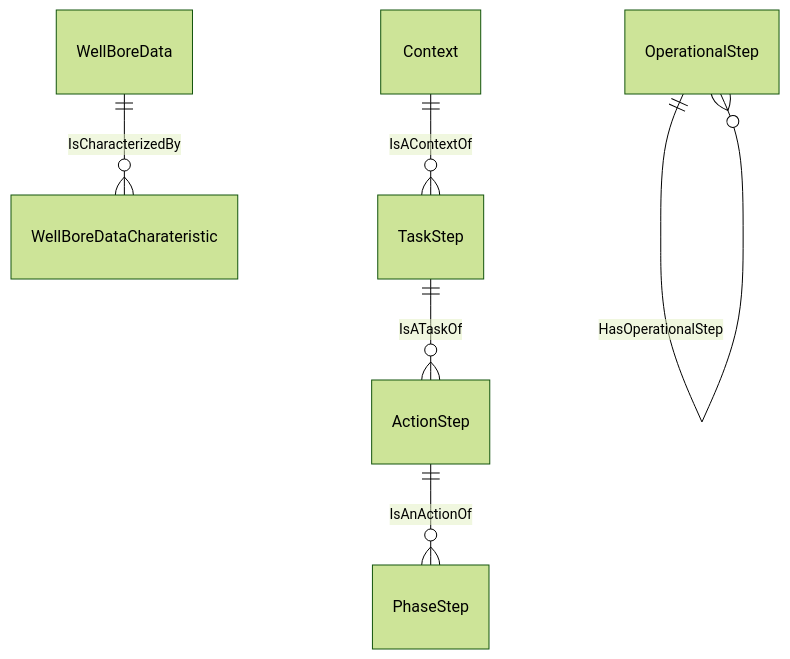
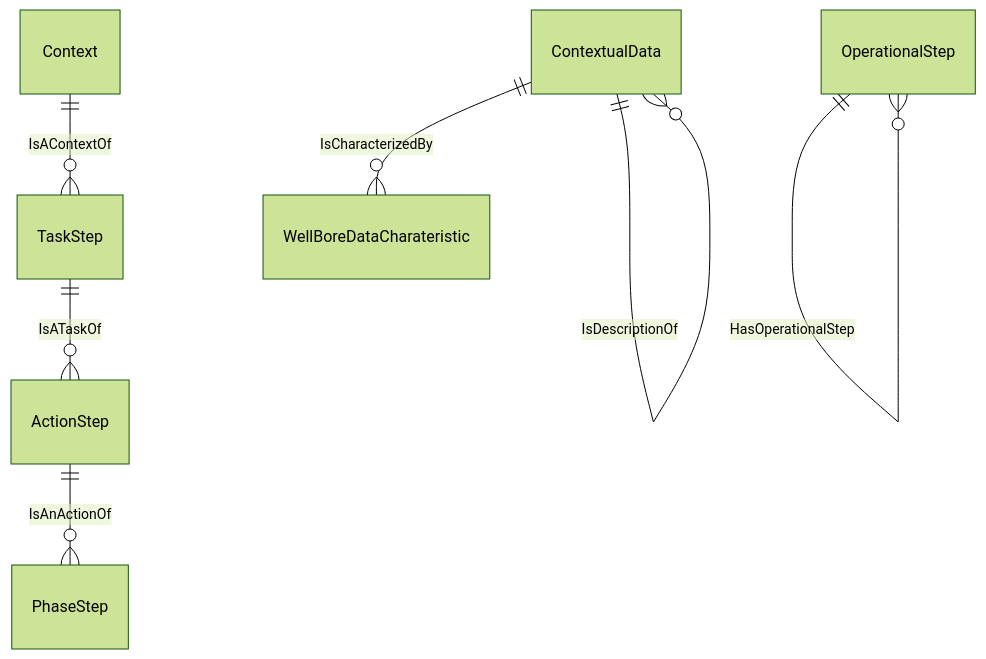
Diagram 52 of 58 in docs/vocabulary_development/auto-generated/md/definition-files/ContextualData.md (D-WIS/DDHub-Semantic-Interoperability), drawn with Mermaid (forest theme) before and after one commit. The commit also changed other lines of this file and 32 other files, not shown here.

````diff
--- a/docs/vocabulary_development/auto-generated/md/definition-files/ContextualData.md
+++ b/docs/vocabulary_development/auto-generated/md/definition-files/ContextualData.md
@@ -2276,8 +2362,9 @@
 ```mermaid
 erDiagram
-WellBoreData ||--o{ WellBoreDataCharateristic : IsCharacterizedBy
+ContextualData ||--o{ WellBoreDataCharateristic : IsCharacterizedBy
+ContextualData ||--o{ ContextualData : IsDescriptionOf
 OperationalStep ||--o{ OperationalStep : HasOperationalStep
 ActionStep ||--o{ PhaseStep : IsAnActionOf
 TaskStep ||--o{ ActionStep : IsATaskOf
 Context ||--o{ TaskStep : IsAContextOf
 ```
````
